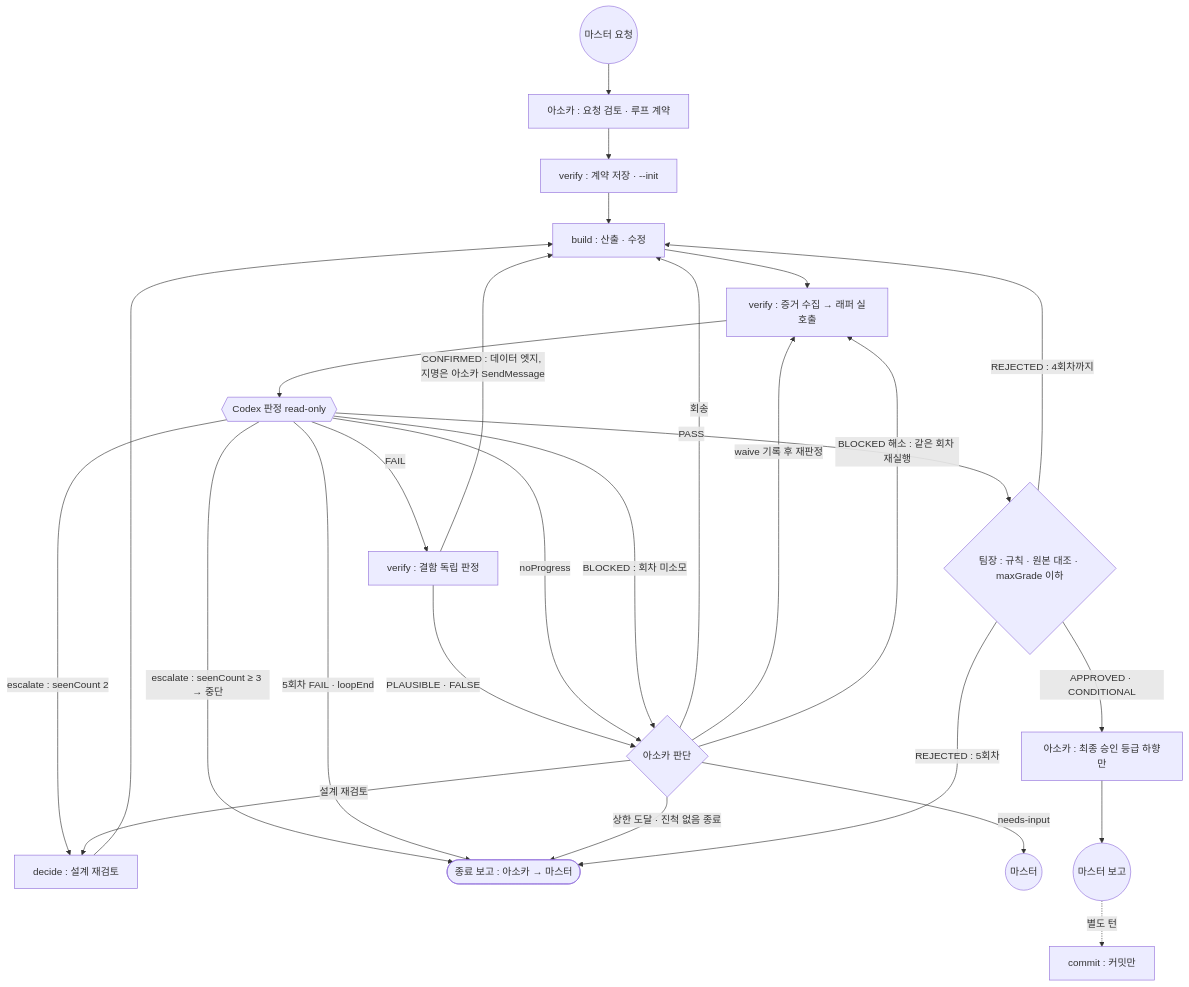
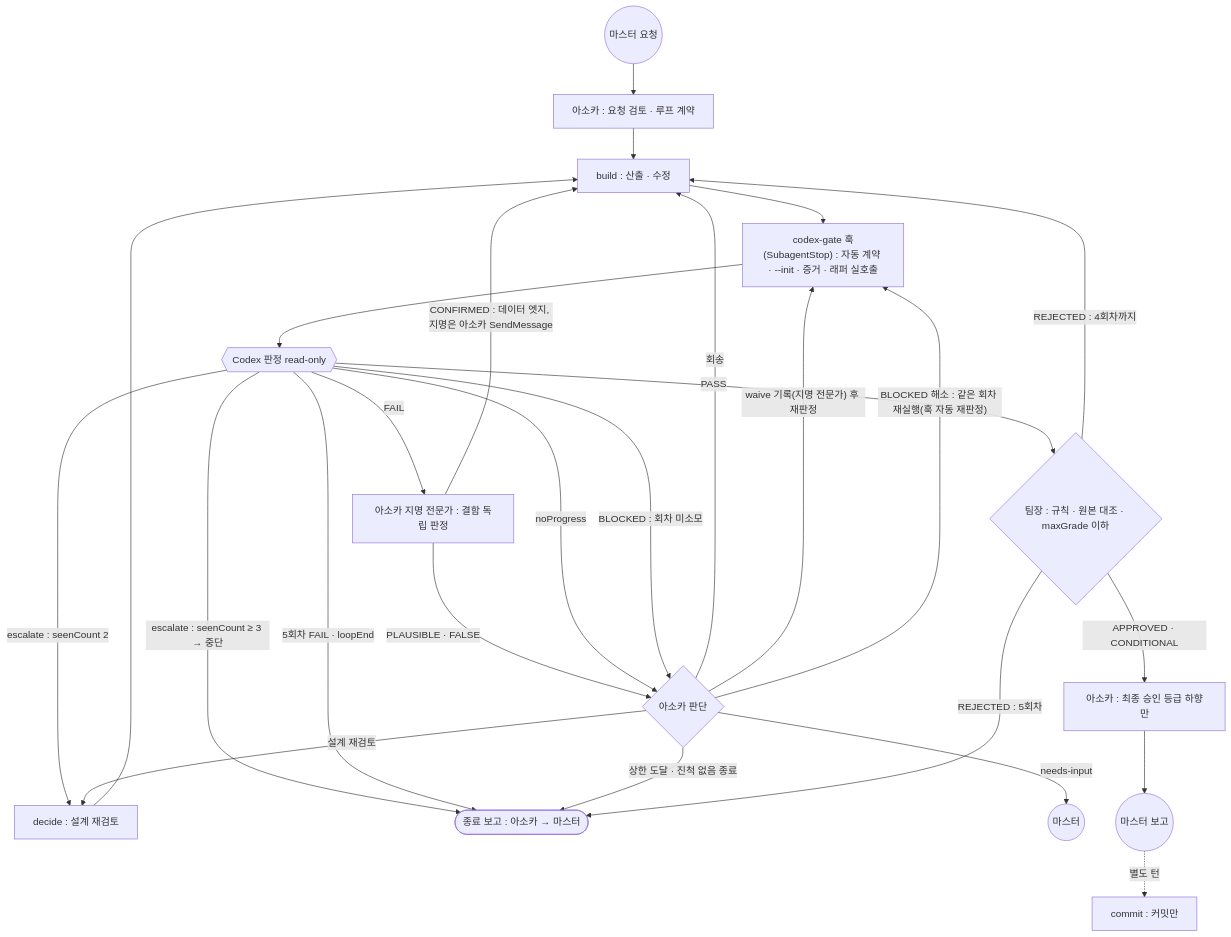
One commit to anakinwon/loginpi changed the diagram in .claude/engineering/40. loop/anakins_loop.md. Above: the diagram before and after it, drawn with Mermaid. The commit also changed other lines of this file and 5 other files, not shown here.

````diff
--- a/.claude/engineering/40. loop/anakins_loop.md
+++ b/.claude/engineering/40. loop/anakins_loop.md
@@ -54,29 +55,28 @@
 ```mermaid
 flowchart TD
   M(("마스터 요청")) --> A1["아소카 : 요청 검토 · 루프 계약"]
-  A1 --> I0["verify : 계약 저장 · --init"]
-  I0 --> B["build : 산출 · 수정"]
-  B --> V["verify : 증거 수집 → 래퍼 실호출"]
+  A1 --> B["build : 산출 · 수정"]
+  B --> V["codex-gate 훅(SubagentStop) : 자동 계약 · --init · 증거 · 래퍼 실호출"]
   V --> CX{{"Codex 판정 read-only"}}
   CX -->|PASS| T{"팀장 : 규칙 · 원본 대조 · maxGrade 이하"}
-  CX -->|FAIL| TR["verify : 결함 독립 판정"]
+  CX -->|FAIL| TR["아소카 지명 전문가 : 결함 독립 판정"]
   TR -->|"CONFIRMED : 데이터 엣지, 지명은 아소카 SendMessage"| B
   TR -->|"PLAUSIBLE · FALSE"| AJ{"아소카 판단"}
   CX -->|"escalate : seenCount 2"| D["decide : 설계 재검토"]
   CX -->|"escalate : seenCount ≥ 3 → 중단"| STOP(["종료 보고 : 아소카 → 마스터"])
   CX -->|"5회차 FAIL · loopEnd"| STOP
   CX -->|noProgress| AJ
   CX -->|"BLOCKED : 회차 미소모"| AJ
   AJ -->|회송| B
-  AJ -->|"waive 기록 후 재판정"| V
-  AJ -->|"BLOCKED 해소 : 같은 회차 재실행"| V
+  AJ -->|"waive 기록(지명 전문가) 후 재판정"| V
+  AJ -->|"BLOCKED 해소 : 같은 회차 재실행(훅 자동 재판정)"| V
   AJ -->|"설계 재검토"| D
   AJ -->|"상한 도달 · 진척 없음 종료"| STOP
   AJ -->|needs-input| MI(("마스터"))
   D --> B
   T -->|"REJECTED : 4회차까지"| B
   T -->|"REJECTED : 5회차"| STOP
   T -->|"APPROVED · CONDITIONAL"| AF["아소카 : 최종 승인 등급 하향만"]
   AF --> R(("마스터 보고"))
   R -.->|"별도 턴"| C["commit : 커밋만"]
 ```
````
